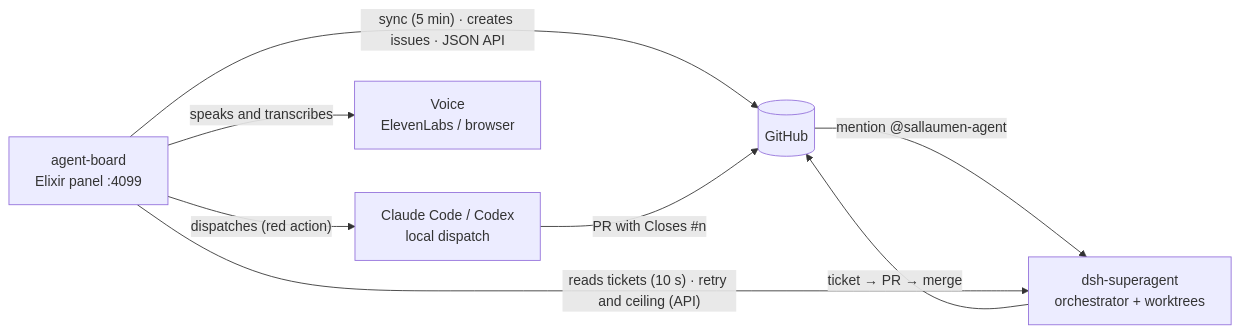
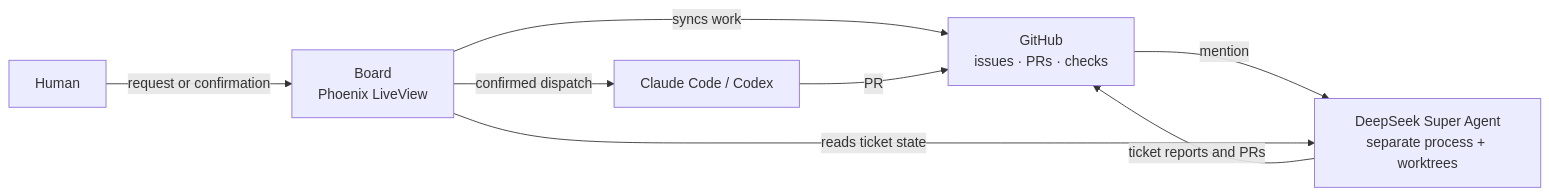
Before and after one commit to sallaumen/dsh-superagent-superboard: the diagram in README.md, drawn with Mermaid. The commit also changed other lines of this file and 5 other files, not shown here.

Commit message:
Present the board and its architecture for new readers

````diff
--- a/README.md
+++ b/README.md
@@ -34,16 +37,10 @@
 ```mermaid
 flowchart LR
-    GH[(GitHub)]
-    A[dsh-superagent<br/>orchestrator + worktrees]
-    B[agent-board<br/>Elixir panel :4099]
-    E[Claude Code / Codex<br/>local dispatch]
-    V[Voice<br/>ElevenLabs / browser]
-
-    GH -- "mention @sallaumen-agent" --> A
-    A -- "ticket → PR → merge" --> GH
-    B -- "sync (5 min) · creates issues · JSON API" --> GH
-    B -- "reads tickets (10 s) · retry and ceiling (API)" --> A
-    B -- "dispatches (red action)" --> E
-    E -- "PR with Closes #n" --> GH
-    B -- "speaks and transcribes" --> V
+    H["Human"] -->|"request or confirmation"| B["Board<br/>Phoenix LiveView"]
+    G["GitHub<br/>issues · PRs · checks"] -->|"mention"| A["DeepSeek Super Agent<br/>separate process + worktrees"]
+    A -->|"ticket reports and PRs"| G
+    B -->|"syncs work"| G
+    B -->|"reads ticket state"| A
+    B -->|"confirmed dispatch"| E["Claude Code / Codex"]
+    E -->|"PR"| G
 ```
````
